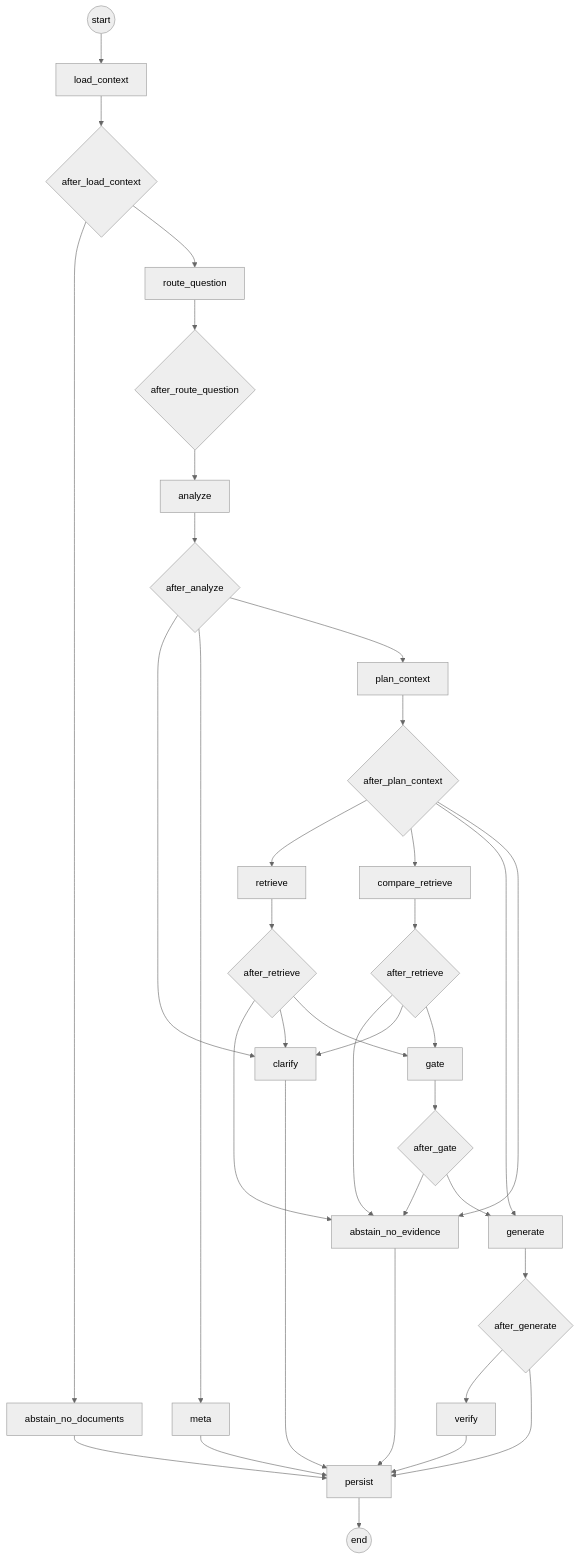
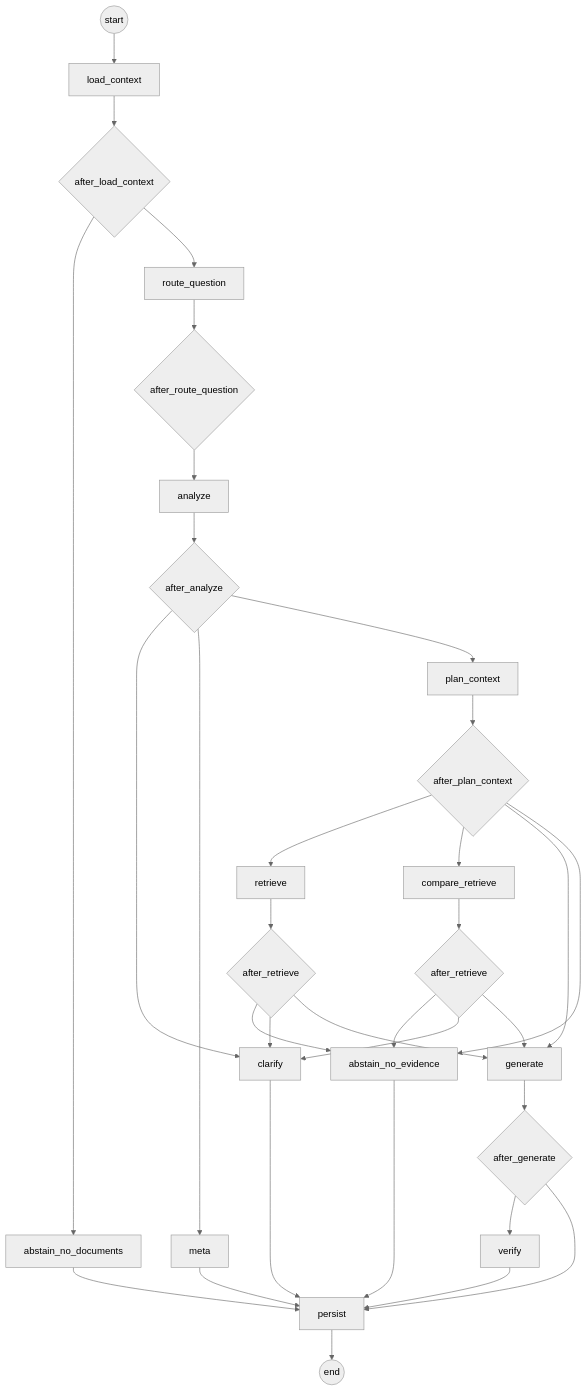
The diagram in docs/img/chat_turn.mmd (Madhav2310/Vault-System), drawn with Mermaid (neutral theme) before and after one commit. The commit also changed 23 other files, not shown here.

First line of the commit message:
Remove the disabled evidence-gate floor and its node

```diff
--- a/docs/img/chat_turn.mmd
+++ b/docs/img/chat_turn.mmd
@@ -1,50 +1,46 @@
 flowchart TD
     start((start)) --> load_context
     load_context["load_context"]
     route_question["route_question"]
     analyze["analyze"]
     plan_context["plan_context"]
     retrieve["retrieve"]
     compare_retrieve["compare_retrieve"]
-    gate["gate"]
     generate["generate"]
     verify["verify"]
     clarify["clarify"]
     meta["meta"]
     abstain_no_documents["abstain_no_documents"]
     abstain_no_evidence["abstain_no_evidence"]
     persist["persist"]
     load_context --> load_context__r{after_load_context}
     load_context__r --> abstain_no_documents
     load_context__r --> route_question
     route_question --> route_question__r{after_route_question}
     route_question__r --> analyze
     analyze --> analyze__r{after_analyze}
     analyze__r --> clarify
     analyze__r --> meta
     analyze__r --> plan_context
     plan_context --> plan_context__r{after_plan_context}
     plan_context__r --> retrieve
     plan_context__r --> compare_retrieve
     plan_context__r --> generate
     plan_context__r --> abstain_no_evidence
     retrieve --> retrieve__r{after_retrieve}
     retrieve__r --> abstain_no_evidence
     retrieve__r --> clarify
-    retrieve__r --> gate
+    retrieve__r --> generate
     compare_retrieve --> compare_retrieve__r{after_retrieve}
     compare_retrieve__r --> abstain_no_evidence
     compare_retrieve__r --> clarify
-    compare_retrieve__r --> gate
-    gate --> gate__r{after_gate}
-    gate__r --> abstain_no_evidence
-    gate__r --> generate
+    compare_retrieve__r --> generate
     generate --> generate__r{after_generate}
     generate__r --> verify
     generate__r --> persist
     verify --> persist
     clarify --> persist
     meta --> persist
     abstain_no_documents --> persist
     abstain_no_evidence --> persist
     persist --> end_((end))
```
